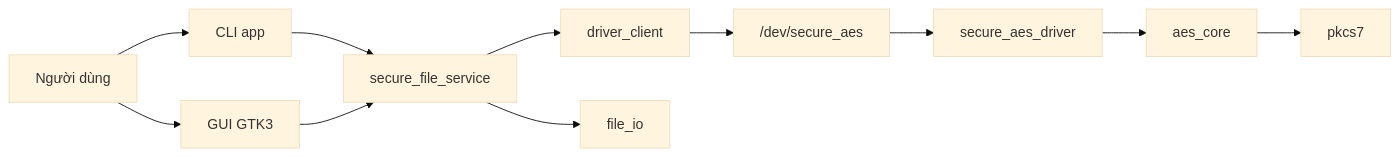
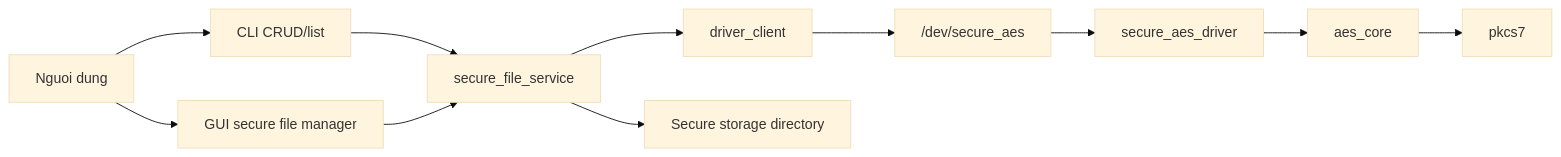
Before and after one commit to quocdu3011/Driver_USB: the diagram in bai_1/PHAN_TICH_DU_AN.md, drawn with Mermaid (base theme). The commit also changed other lines of this file and 24 other files, not shown here.

````diff
--- a/bai_1/PHAN_TICH_DU_AN.md
+++ b/bai_1/PHAN_TICH_DU_AN.md
@@ -18,13 +17,13 @@
 ```mermaid
 flowchart LR
-    U["Người dùng"] --> CLI["CLI app"]
-    U --> GUI["GUI GTK3"]
+    U["Nguoi dung"] --> CLI["CLI CRUD/list"]
+    U --> GUI["GUI secure file manager"]
     CLI --> SVC["secure_file_service"]
     GUI --> SVC
     SVC --> DC["driver_client"]
-    SVC --> FIO["file_io"]
+    SVC --> STORE["Secure storage directory"]
     DC --> DEV["/dev/secure_aes"]
     DEV --> DRV["secure_aes_driver"]
     DRV --> CORE["aes_core"]
     CORE --> PAD["pkcs7"]
 ```
````
